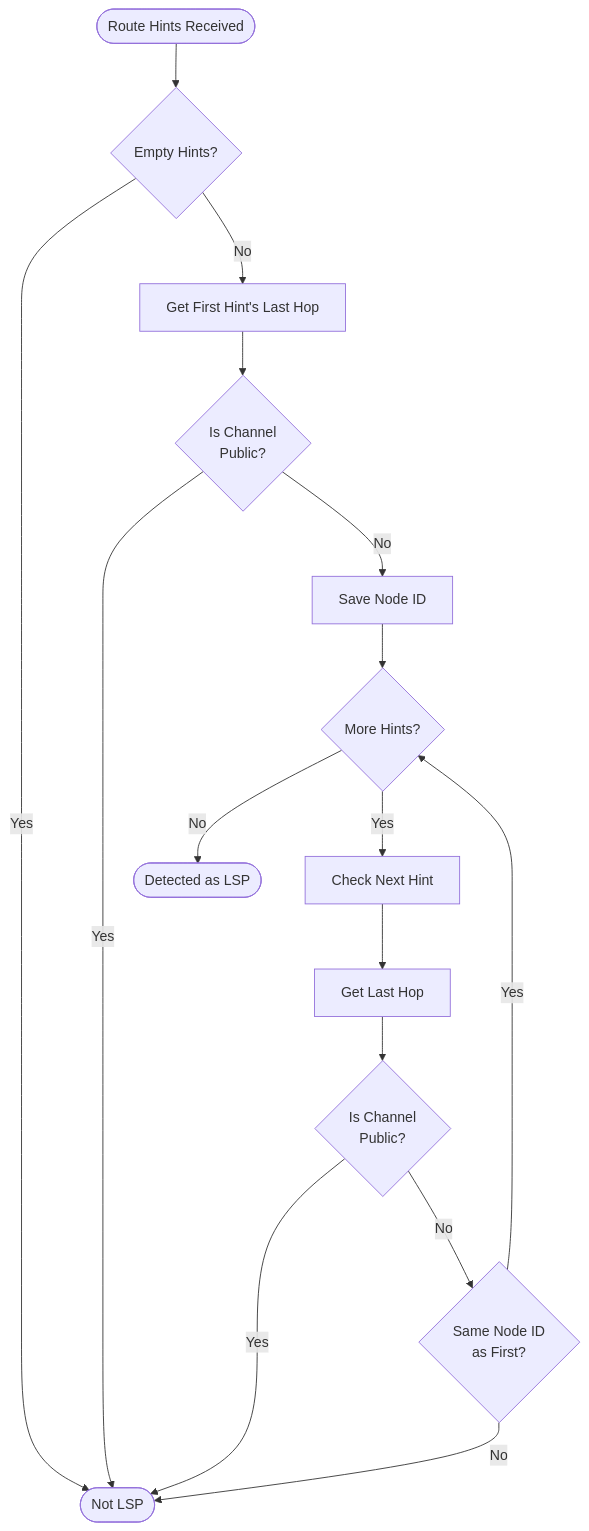
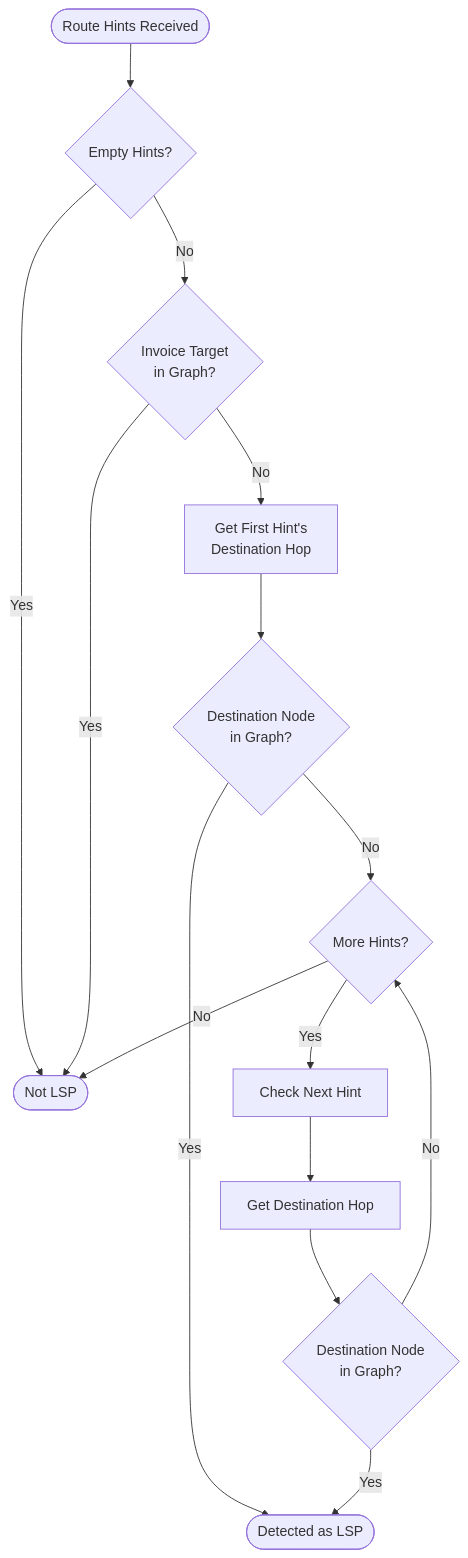
Before and after one commit to lightningnetwork/lnd: the second of 3 diagrams in docs/estimate_route_fee.md, drawn with Mermaid. The commit also changed other lines of this file, not shown here.

````diff
--- a/docs/estimate_route_fee.md
+++ b/docs/estimate_route_fee.md
@@ -156,22 +156,21 @@
 ```mermaid
 flowchart TD
     Start([Route Hints Received]) --> Empty{Empty Hints?}
     Empty -->|Yes| NotLSP([Not LSP])
-    Empty -->|No| GetFirst[Get First Hint's Last Hop]
-    
-    GetFirst --> CheckPub1{Is Channel<br/>Public?}
-    CheckPub1 -->|Yes| NotLSP
-    CheckPub1 -->|No| SaveNode[Save Node ID]
-    
-    SaveNode --> MoreHints{More Hints?}
-    MoreHints -->|No| IsLSP([Detected as LSP])
+    Empty -->|No| CheckTarget{Invoice Target<br/>in Graph?}
+
+    CheckTarget -->|Yes| NotLSP
+    CheckTarget -->|No| GetFirstDest[Get First Hint's<br/>Destination Hop]
+
+    GetFirstDest --> CheckPub1{Destination Node<br/>in Graph?}
+    CheckPub1 -->|Yes| IsLSP([Detected as LSP])
+    CheckPub1 -->|No| MoreHints{More Hints?}
+
+    MoreHints -->|No| NotLSP
     MoreHints -->|Yes| NextHint[Check Next Hint]
-    
-    NextHint --> GetLast[Get Last Hop]
-    GetLast --> CheckPub2{Is Channel<br/>Public?}
-    CheckPub2 -->|Yes| NotLSP
-    CheckPub2 -->|No| SameNode{Same Node ID<br/>as First?}
-    
-    SameNode -->|No| NotLSP
-    SameNode -->|Yes| MoreHints
+
+    NextHint --> GetNextDest[Get Destination Hop]
+    GetNextDest --> CheckPub2{Destination Node<br/>in Graph?}
+    CheckPub2 -->|Yes| IsLSP
+    CheckPub2 -->|No| MoreHints
 ```
````
